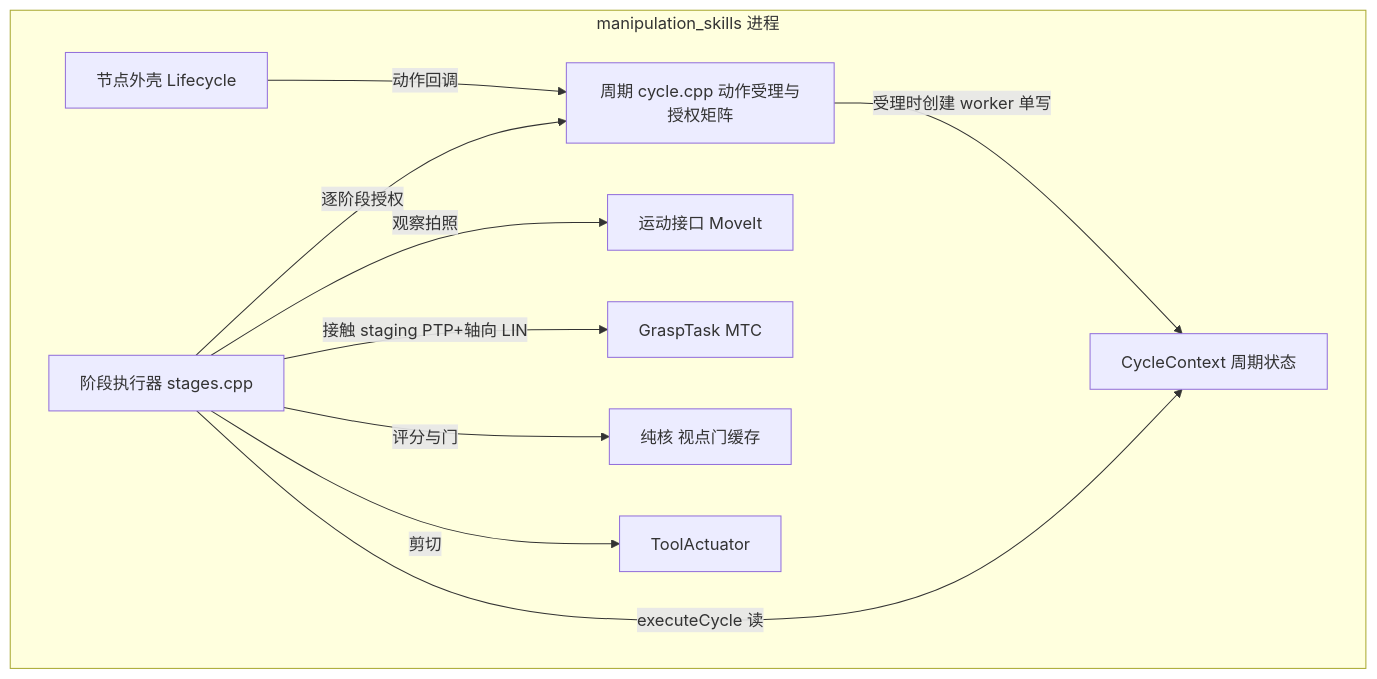
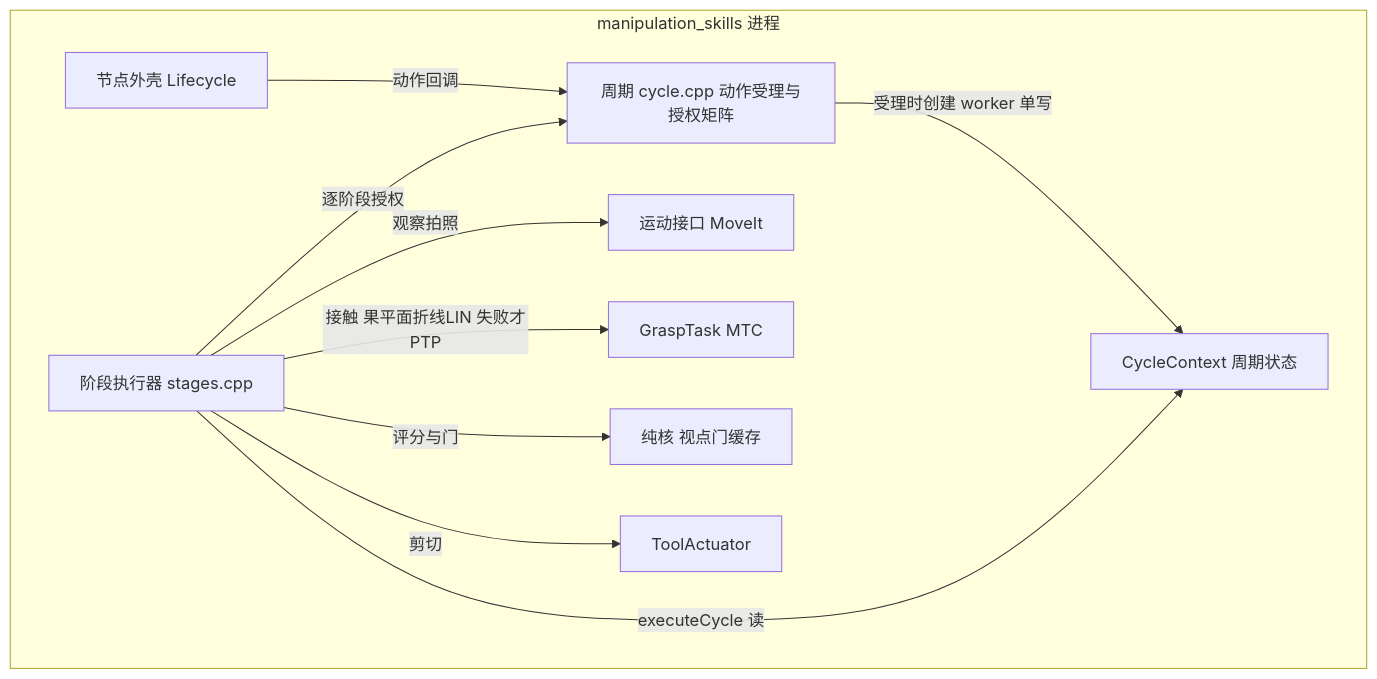
One commit to MUHAN11-c/aubo_boot changed the third of 15 diagrams in docs/architecture.md. Above: the diagram before and after it, drawn with Mermaid. The commit also changed other lines of this file and 66 other files, not shown here.

````diff
--- a/docs/architecture.md
+++ b/docs/architecture.md
@@ -138,21 +138,21 @@
 ```mermaid
 flowchart TB
   subgraph sk["manipulation_skills 进程"]
     shell["节点外壳 Lifecycle"]
     cycle["周期 cycle.cpp 动作受理与授权矩阵"]
     ctx["CycleContext 周期状态"]
     stages["阶段执行器 stages.cpp"]
     mot["运动接口 MoveIt"]
     mtc["GraspTask MTC"]
     core["纯核 视点门缓存"]
     tool["ToolActuator"]
   end
   shell -->|"动作回调"| cycle
   cycle -->|"受理时创建 worker 单写"| ctx
   stages -->|"executeCycle 读"| ctx
   stages -->|"逐阶段授权"| cycle
   stages -->|"观察拍照"| mot
-  stages -->|"接触 staging PTP+轴向 LIN"| mtc
+  stages -->|"接触 果平面折线LIN 失败才PTP"| mtc
   stages -->|"评分与门"| core
   stages -->|"剪切"| tool
 ```
````
